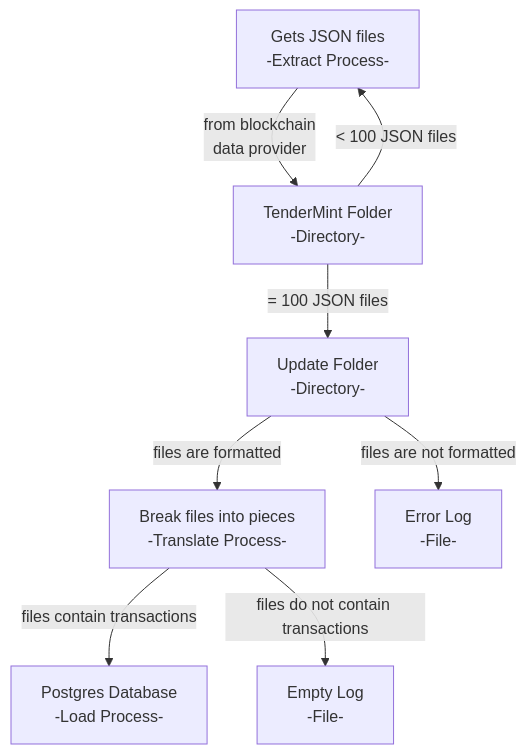
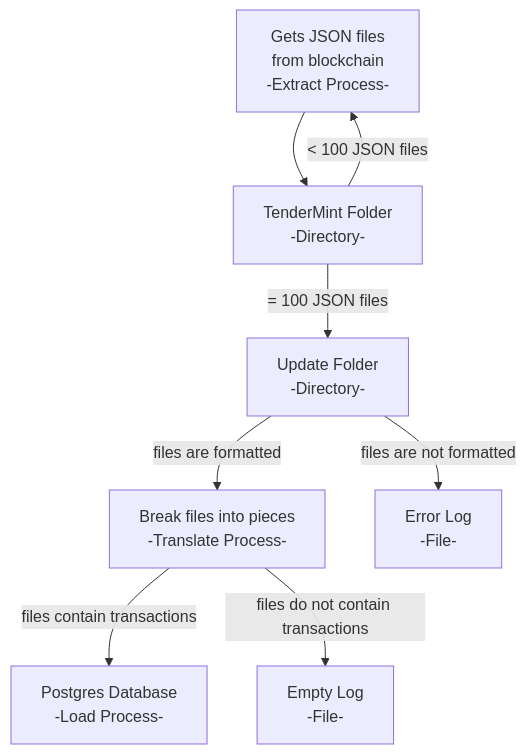
Before and after one commit to patmcfarland/one: the diagram in README.md, drawn with Mermaid.

````diff
--- a/README.md
+++ b/README.md
@@ -1,16 +1,16 @@
 ```mermaid
 flowchart TD
-A[Gets JSON files<br>-Extract Process-]
-A -- from blockchain<br>data provider --> B
+A[Gets JSON files<br>from blockchain<br>-Extract Process-]
+A --> B
 B[TenderMint Folder<br>-Directory-]
 B -- = 100 JSON files --> C[Update Folder<br>-Directory-]
 B -- < 100 JSON files --> A
 C -- files are formatted --> D
 D[Break files into pieces<br>-Translate Process-]
 C -- files are not formatted --> E
 E[Error Log<br>-File-]
 F[Postgres Database<br>-Load Process-]
 D -- files contain transactions --> F
 D -- files do not contain transactions --> G
 G[Empty Log<br>-File-]
 ```
````
